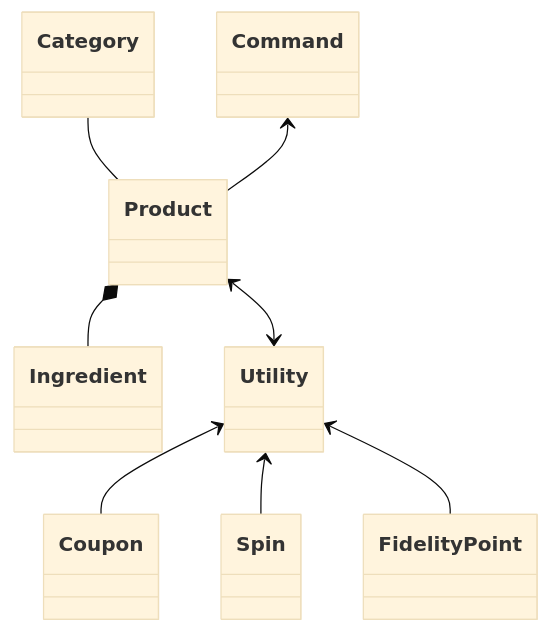
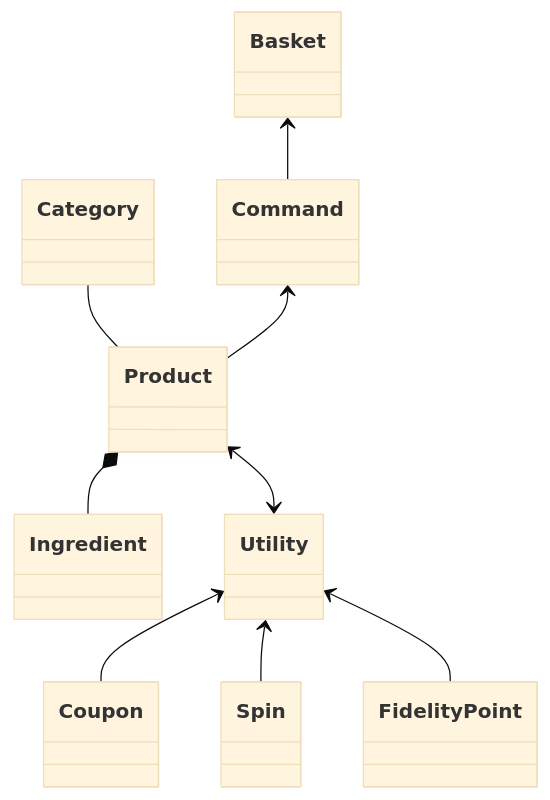
The third of 4 diagrams in bw commnerce/class.md (Brand-Web/Diagrams), drawn with Mermaid (base theme) before and after one commit. The commit also changed other lines of this file, not shown here.

````diff
--- a/bw commnerce/class.md
+++ b/bw commnerce/class.md
@@ -59,14 +59,15 @@
 ```mermaid
 classDiagram 
+  Basket <-- Command
   Category --  Product
   Product *-- Ingredient
   Command <-- Product
 
    Utility <-- Coupon
    Utility <-- Spin
    Utility <-- FidelityPoint
    Product <--> Utility
   
    
 
 ``` 
````
